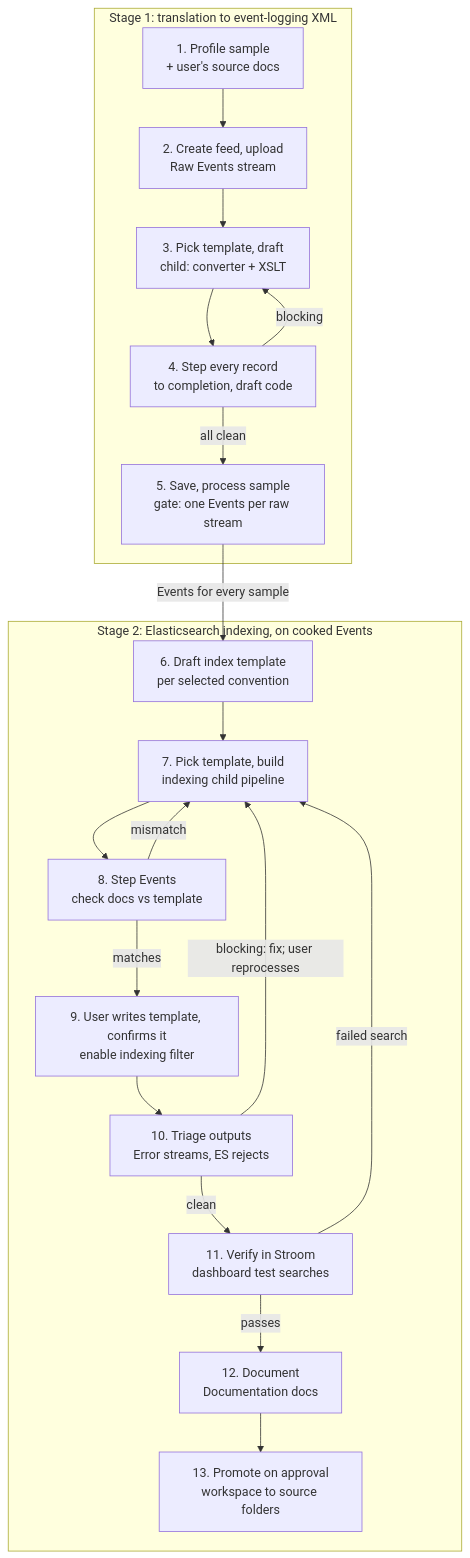
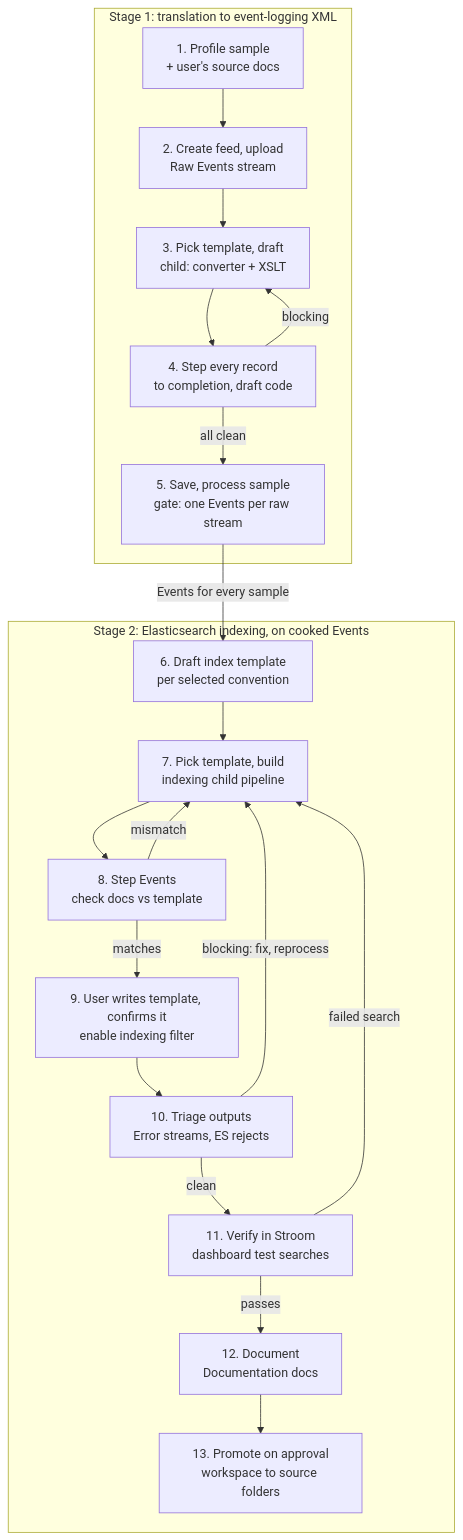
One commit to gradata-systems/stroom-fastmcp-server changed the first of 3 diagrams in docs/DESIGN.md. Above: the diagram before and after it, drawn with Mermaid. The commit also changed other lines of this file and 9 other files, not shown here.

````diff
--- a/docs/DESIGN.md
+++ b/docs/DESIGN.md
@@ -30,23 +30,23 @@
 ```mermaid
 flowchart TD
     subgraph S1[Stage 1: translation to event-logging XML]
         A[1. Profile sample<br/>+ user's source docs] --> B[2. Create feed, upload<br/>Raw Events stream]
         B --> C[3. Pick template, draft<br/>child: converter + XSLT]
         C --> D[4. Step every record<br/>to completion, draft code]
         D -- blocking --> C
         D -- all clean --> E[5. Save, process sample<br/>gate: one Events per raw stream]
     end
     subgraph S2[Stage 2: Elasticsearch indexing, on cooked Events]
         F[6. Draft index template<br/>per selected convention] --> G[7. Pick template, build<br/>indexing child pipeline]
         G --> H[8. Step Events<br/>check docs vs template]
         H -- mismatch --> G
         H -- matches --> I[9. User writes template, confirms it<br/>enable indexing filter]
         I --> J[10. Triage outputs<br/>Error streams, ES rejects]
-        J -- blocking: fix; user reprocesses --> G
+        J -- blocking: fix, reprocess --> G
         J -- clean --> K[11. Verify in Stroom<br/>dashboard test searches]
         K -- passes --> L[12. Document<br/>Documentation docs]
         L --> M[13. Promote on approval<br/>workspace to source folders]
         K -- failed search --> G
     end
     E -- Events for every sample --> F
 ```
````
